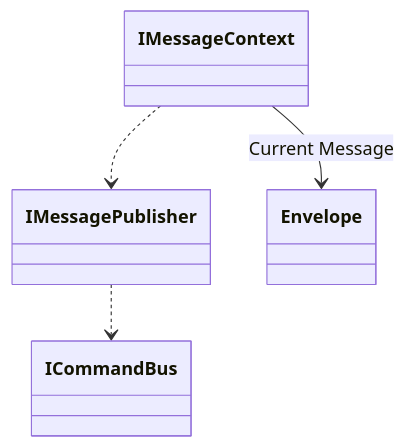
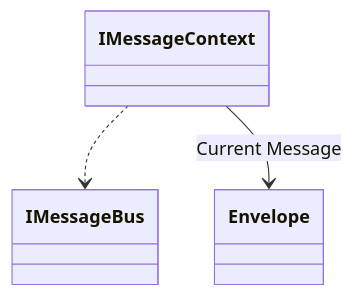
Before and after one commit to JasperFx/wolverine: the diagram in docs/guide/messaging/sending-messages.md, drawn with Mermaid. The commit also changed other lines of this file and 22 other files, not shown here.

Commit message:
Updating the old ICommandBus/IMessagePublisher nomenclature in teh docs

````diff
--- a/docs/guide/messaging/sending-messages.md
+++ b/docs/guide/messaging/sending-messages.md
@@ -5,12 +5,10 @@
 ```mermaid
 classDiagram
     
-class ICommandBus
-class IMessagePublisher
+
+class IMessageBus
 class IMessageContext
 
-IMessageContext ..> IMessagePublisher
-IMessagePublisher ..> ICommandBus
+IMessageContext ..> IMessageBus
 IMessageContext --> Envelope : Current Message
-    
 ```
````
